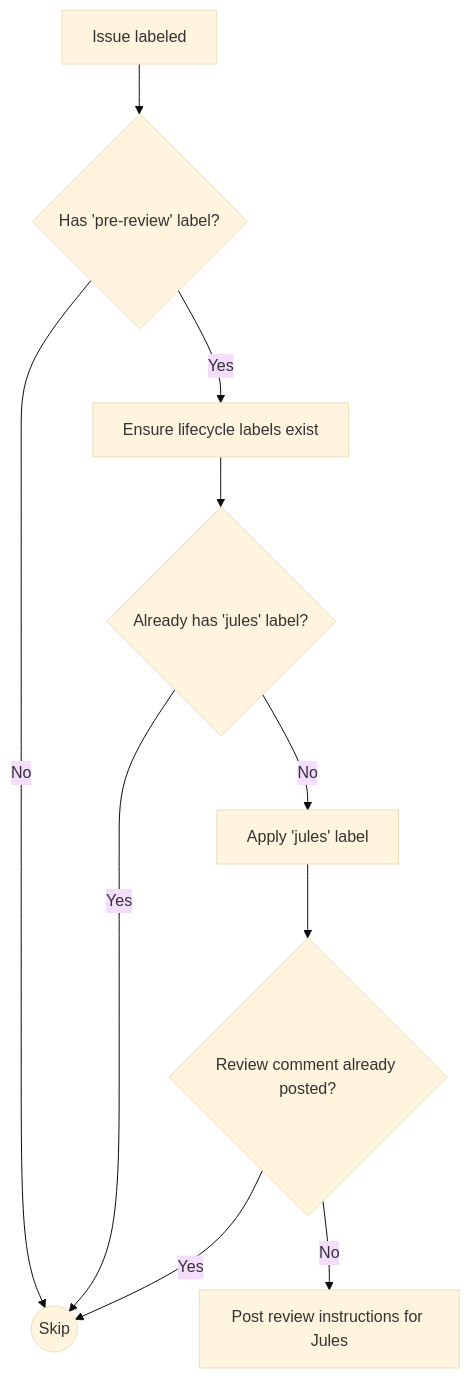
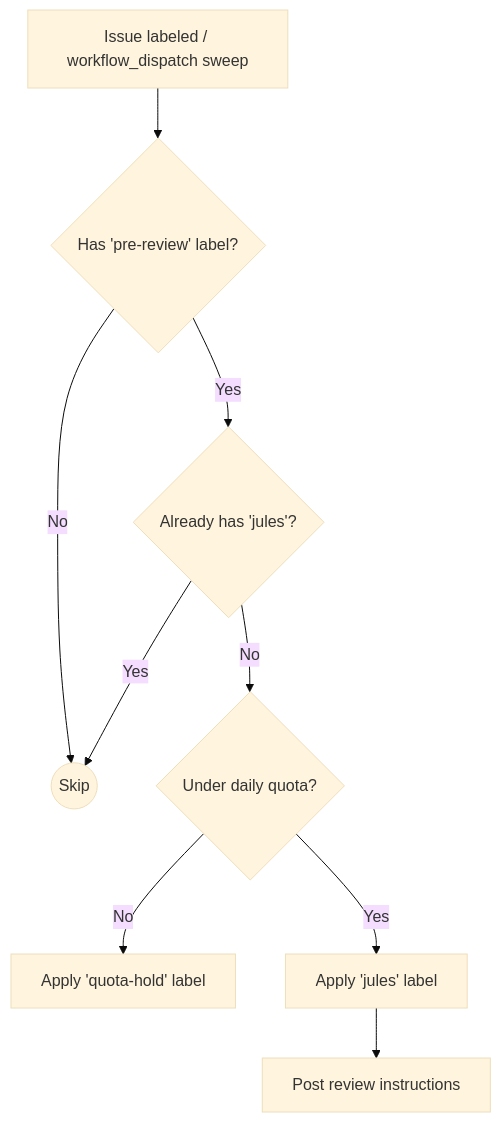
Before and after one commit to LokiMetaSmith/keystone-polyphony: the fourth of 6 diagrams in docs/ci-cd.md, drawn with Mermaid (base theme). The commit also changed other lines of this file and 3 other files, not shown here.

First line of the commit message:
feat: add rolling 24h quota for Jules and document repo variables

````diff
--- a/docs/ci-cd.md
+++ b/docs/ci-cd.md
@@ -74,12 +74,11 @@
 ```mermaid
 graph TD
-    A[Issue labeled] --> B{Has 'pre-review' label?}
+    A[Issue labeled / workflow_dispatch sweep] --> B{Has 'pre-review' label?}
     B -- No --> Skip((Skip))
-    B -- Yes --> C[Ensure lifecycle labels exist]
-    C --> D{Already has 'jules' label?}
-    D -- Yes --> Skip
-    D -- No --> E[Apply 'jules' label]
-    E --> F{Review comment already posted?}
-    F -- Yes --> Skip
-    F -- No --> G[Post review instructions for Jules]
+    B -- Yes --> C{Already has 'jules'?}
+    C -- Yes --> Skip
+    C -- No --> D{Under daily quota?}
+    D -- No --> E[Apply 'quota-hold' label]
+    D -- Yes --> F[Apply 'jules' label]
+    F --> G[Post review instructions]
 ```
````
